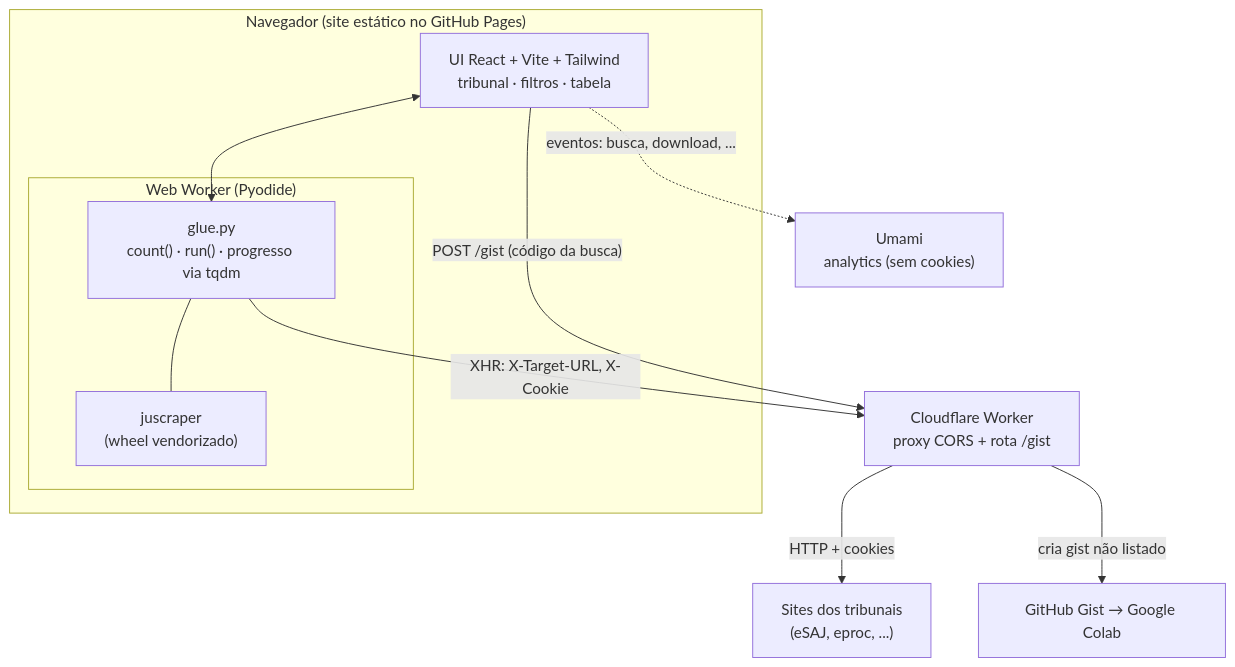
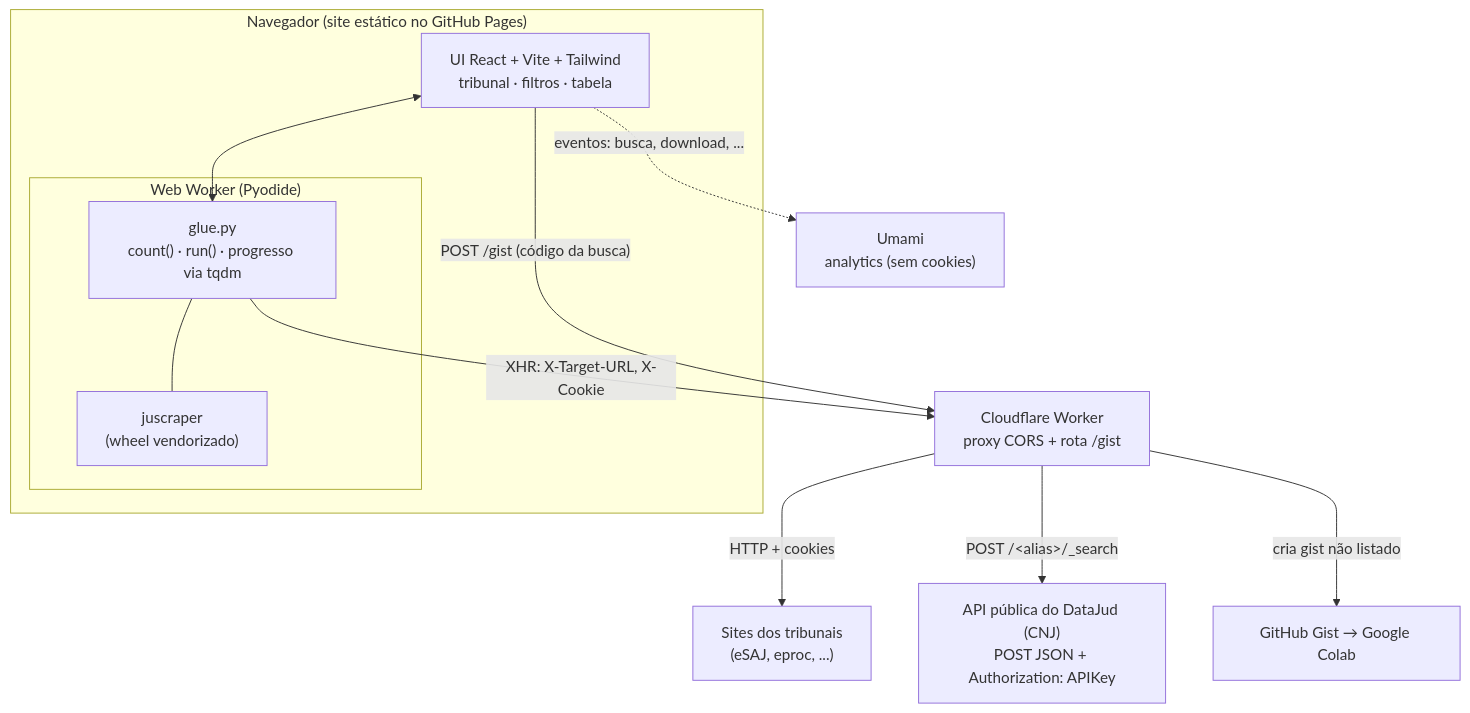
The first of 3 diagrams in README.md (lab-dados/juscraper-app), drawn with Mermaid before and after one commit. The commit also changed other lines of this file and 17 other files, not shown here.

````diff
--- a/README.md
+++ b/README.md
@@ -20,23 +29,25 @@
 ```mermaid
 flowchart TB
   subgraph BR["Navegador (site estático no GitHub Pages)"]
     UI["UI React + Vite + Tailwind<br/>tribunal · filtros · tabela"]
     subgraph WK["Web Worker (Pyodide)"]
       GLUE["glue.py<br/>count() · run() · progresso via tqdm"]
       JUS["juscraper<br/>(wheel vendorizado)"]
       GLUE --- JUS
     end
     UI <--> GLUE
   end
 
   PX["Cloudflare Worker<br/>proxy CORS + rota /gist"]
   T["Sites dos tribunais<br/>(eSAJ, eproc, ...)"]
+  DJ["API pública do DataJud (CNJ)<br/>POST JSON + Authorization: APIKey"]
   GIST["GitHub Gist → Google Colab"]
   UM["Umami<br/>analytics (sem cookies)"]
 
   GLUE -- "XHR: X-Target-URL, X-Cookie" --> PX
   PX -- "HTTP + cookies" --> T
+  PX -- "POST /&lt;alias&gt;/_search" --> DJ
   UI -- "POST /gist (código da busca)" --> PX
   PX -- "cria gist não listado" --> GIST
   UI -. "eventos: busca, download, ..." .-> UM
 ```
````
